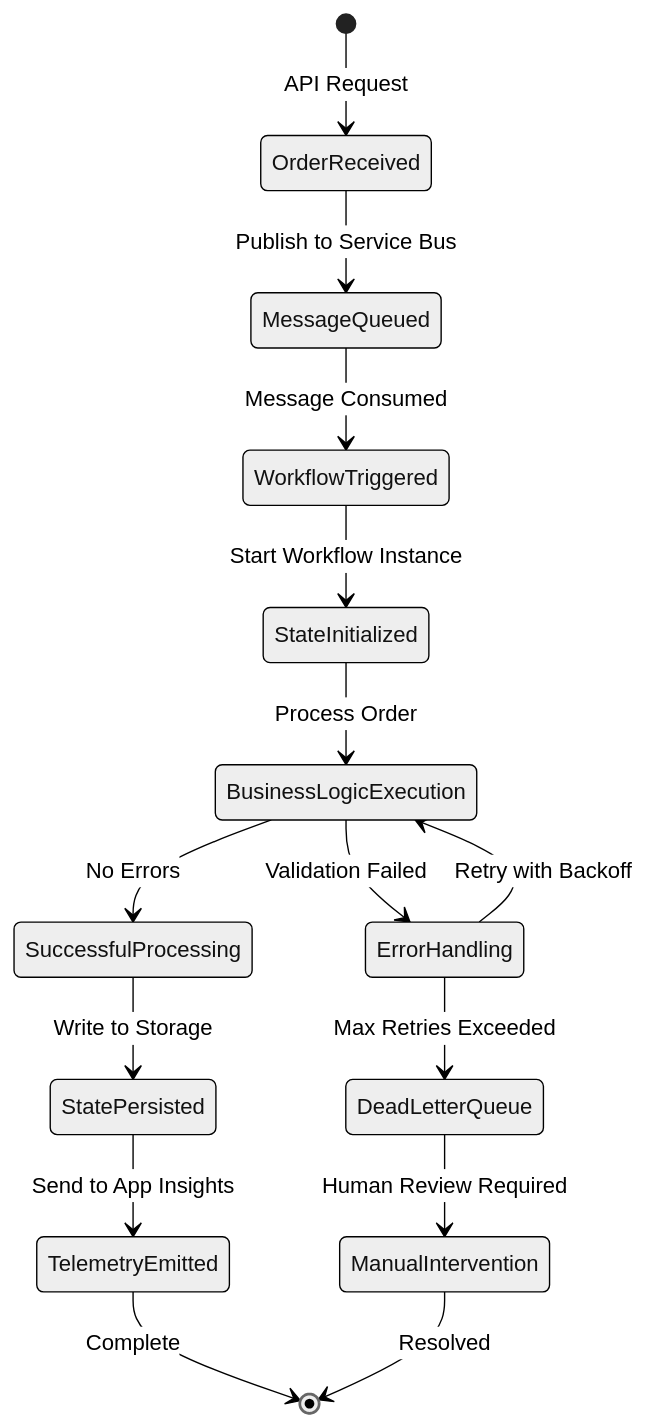
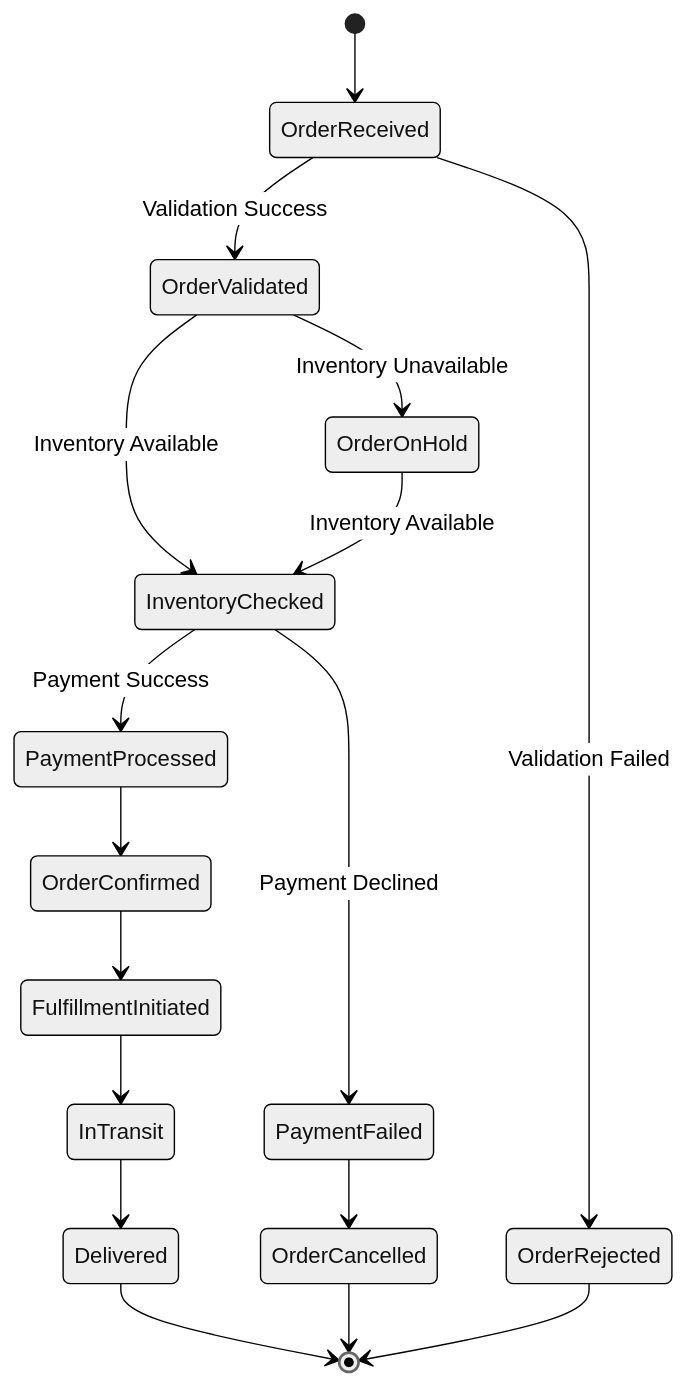
Before and after one commit to Evilazaro/Azure-LogicApps-Monitoring: the eighth of 13 diagrams in bdat.md, drawn with Mermaid (neutral theme). The commit also changed other lines of this file, not shown here.

````diff
--- a/bdat.md
+++ b/bdat.md
@@ -389,23 +447,25 @@
 ```mermaid
 stateDiagram-v2
-    [*] --> OrderReceived: API Request
+    [*] --> OrderReceived
+    OrderReceived --> OrderValidated: Validation Success
+    OrderReceived --> OrderRejected: Validation Failed
     
-    OrderReceived --> MessageQueued: Publish to Service Bus
-    MessageQueued --> WorkflowTriggered: Message Consumed
+    OrderValidated --> InventoryChecked: Inventory Available
+    OrderValidated --> OrderOnHold: Inventory Unavailable
     
-    WorkflowTriggered --> StateInitialized: Start Workflow Instance
-    StateInitialized --> BusinessLogicExecution: Process Order
+    InventoryChecked --> PaymentProcessed: Payment Success
+    InventoryChecked --> PaymentFailed: Payment Declined
     
-    BusinessLogicExecution --> SuccessfulProcessing: No Errors
-    BusinessLogicExecution --> ErrorHandling: Validation Failed
+    PaymentProcessed --> OrderConfirmed
+    OrderConfirmed --> FulfillmentInitiated
     
-    ErrorHandling --> DeadLetterQueue: Max Retries Exceeded
-    ErrorHandling --> BusinessLogicExecution: Retry with Backoff
+    FulfillmentInitiated --> InTransit
+    InTransit --> Delivered
     
-    SuccessfulProcessing --> StatePersisted: Write to Storage
-    StatePersisted --> TelemetryEmitted: Send to App Insights
-    TelemetryEmitted --> [*]: Complete
+    Delivered --> [*]
+    OrderRejected --> [*]
+    PaymentFailed --> OrderCancelled
+    OrderCancelled --> [*]
     
-    DeadLetterQueue --> ManualIntervention: Human Review Required
-    ManualIntervention --> [*]: Resolved
+    OrderOnHold --> InventoryChecked: Inventory Available
 ```
````
